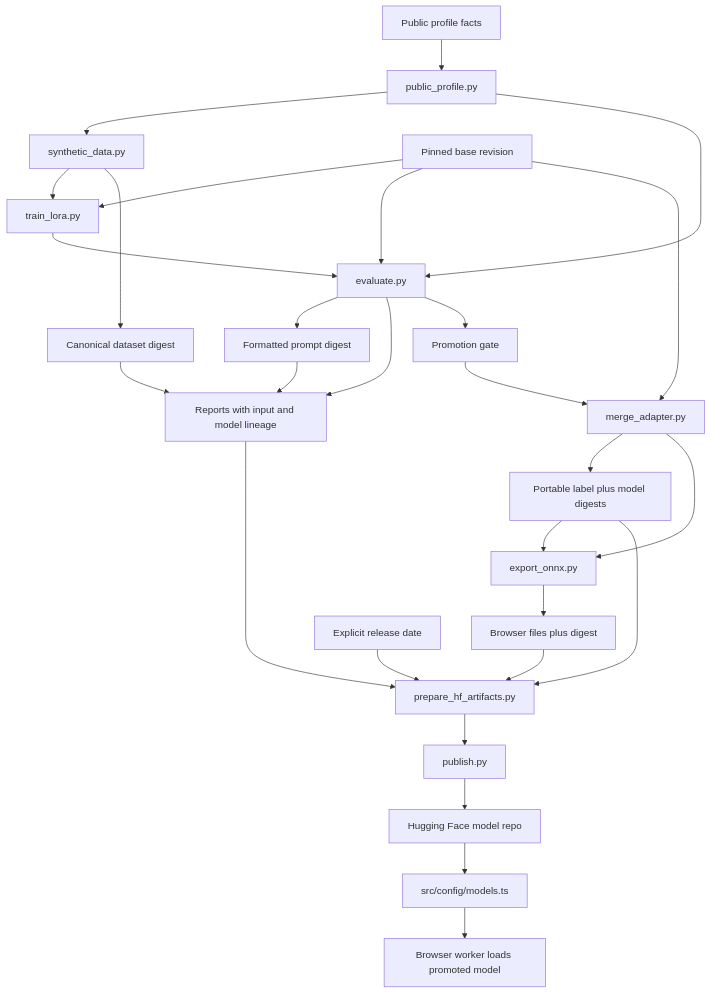
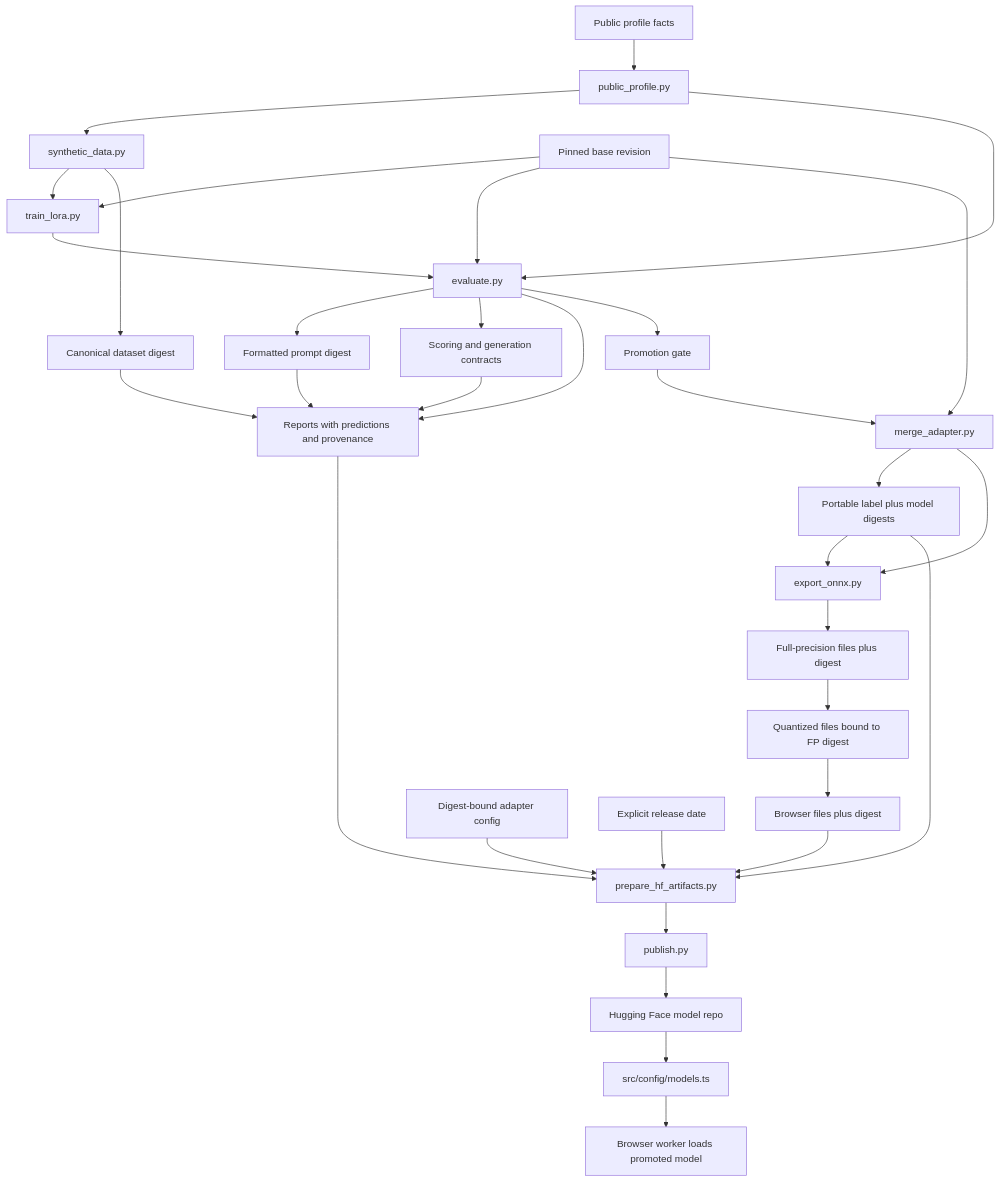
The fourth of 4 diagrams in docs/DIAGRAMS.md (justinthelaw/justinthelaw), drawn with Mermaid before and after one commit. The commit also changed other lines of this file and 7 other files, not shown here.

````diff
--- a/docs/DIAGRAMS.md
+++ b/docs/DIAGRAMS.md
@@ -100,30 +100,35 @@
 ```mermaid
 flowchart TD
   facts["Public profile facts"] --> pyProfile["public_profile.py"]
   pyProfile --> data["synthetic_data.py"]
   pyProfile --> eval
   data --> train["train_lora.py"]
   train --> eval["evaluate.py"]
   data --> datasetDigest["Canonical dataset digest"]
   eval --> promptDigest["Formatted prompt digest"]
-  eval --> reports["Reports with input and model lineage"]
+  eval --> scoringDigest["Scoring and generation contracts"]
+  eval --> reports["Reports with predictions and provenance"]
   datasetDigest --> reports
   promptDigest --> reports
+  scoringDigest --> reports
   eval --> gate["Promotion gate"]
   gate --> merge["merge_adapter.py"]
   baseRevision["Pinned base revision"] --> train
   baseRevision --> eval
   baseRevision --> merge
   merge --> lineage["Portable label plus model digests"]
   merge --> export["export_onnx.py"]
   lineage --> export
-  export --> browserArtifact["Browser files plus digest"]
+  export --> fpArtifact["Full-precision files plus digest"]
+  fpArtifact --> quantized["Quantized files bound to FP digest"]
+  quantized --> browserArtifact["Browser files plus digest"]
   browserArtifact --> artifacts["prepare_hf_artifacts.py"]
   lineage --> artifacts
   reports --> artifacts
+  checkpointConfig["Digest-bound adapter config"] --> artifacts
   releaseDate["Explicit release date"] --> artifacts
   artifacts --> publish["publish.py"]
   publish --> hfRepo["Hugging Face model repo"]
   hfRepo --> modelConfig["src/config/models.ts"]
   modelConfig --> browser["Browser worker loads promoted model"]
 ```
````
